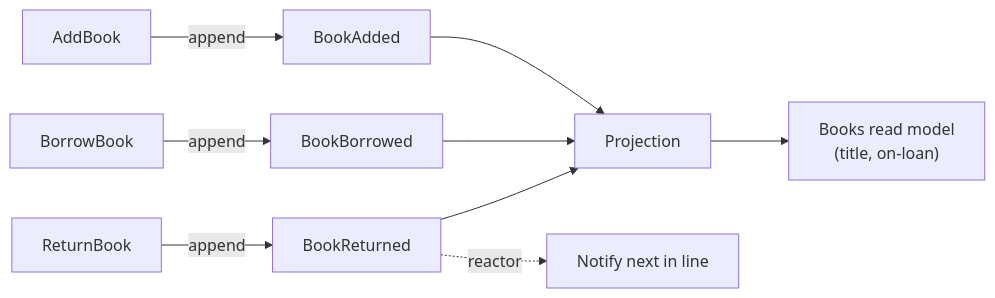
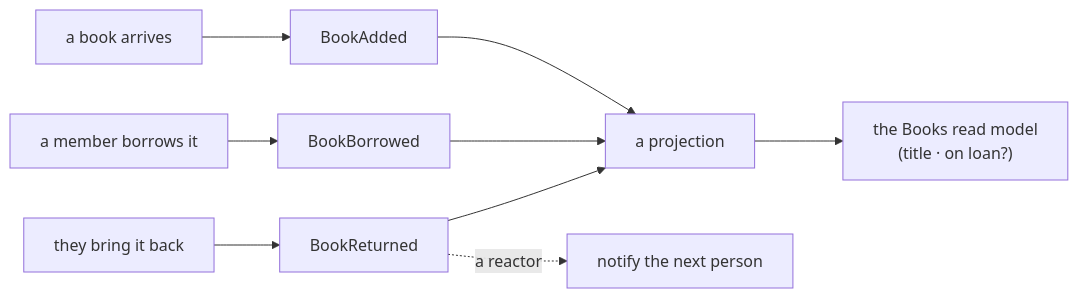
Before and after one commit to Cratis/Chronicle: the diagram in Documentation/tutorial/index.md, drawn with Mermaid. The commit also changed other lines of this file and 3 other files, not shown here.

````diff
--- a/Documentation/tutorial/index.md
+++ b/Documentation/tutorial/index.md
@@ -12,9 +12,9 @@
 ```mermaid
 flowchart LR
-    Add["AddBook"] -->|append| BA["BookAdded"]
-    Borrow["BorrowBook"] -->|append| BB["BookBorrowed"]
-    Return["ReturnBook"] -->|append| BR["BookReturned"]
-    BA & BB & BR --> P["Projection"]
-    P --> RM["Books read model<br/>(title, on-loan)"]
-    BR -.->|reactor| N["Notify next in line"]
+    Add["a book arrives"] --> BA["BookAdded"]
+    Borrow["a member borrows it"] --> BB["BookBorrowed"]
+    Return["they bring it back"] --> BR["BookReturned"]
+    BA & BB & BR --> P["a projection"]
+    P --> RM["the Books read model<br/>(title · on loan?)"]
+    BR -.->|a reactor| N["notify the next person"]
 ```
````
